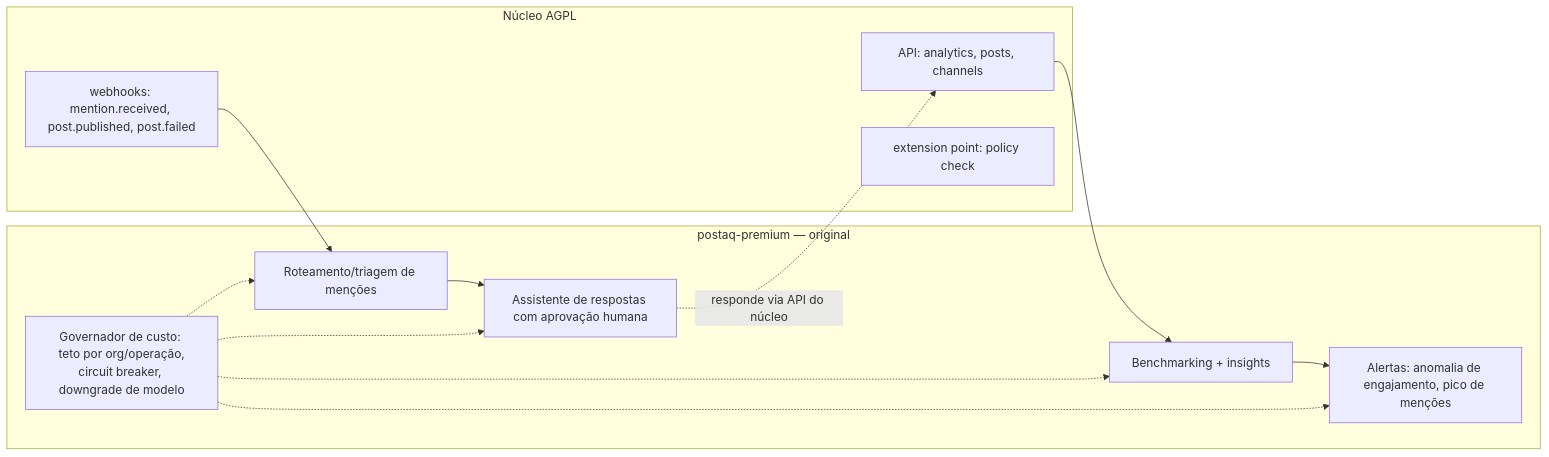
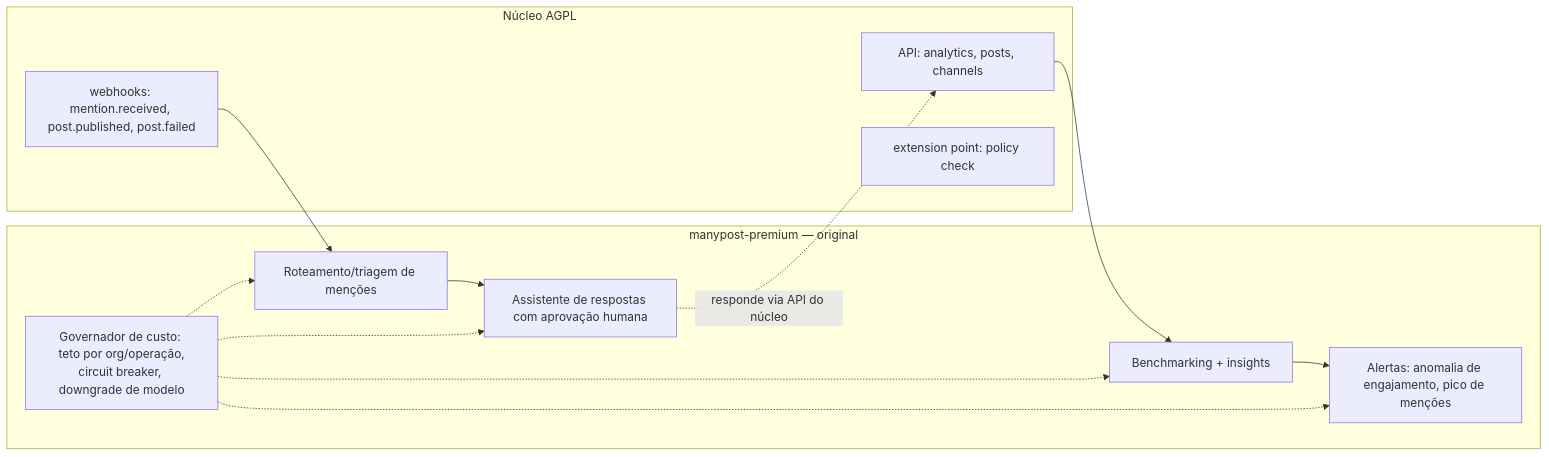
Before and after one commit to manypost/manypost-app: the diagram in docs/specs/SPEC_AI.md, drawn with Mermaid. The commit also changed other lines of this file and 37 other files, not shown here.

First line of the commit message:
docs: rename postaq->manypost, brand system oficial, planos e adendo DECISIONS v1.1

````diff
--- a/docs/specs/SPEC_AI.md
+++ b/docs/specs/SPEC_AI.md
@@ -50,19 +53,19 @@
 ```mermaid
 flowchart LR
     subgraph nucleo [Núcleo AGPL]
         EV[webhooks: mention.received, post.published, post.failed]
         API[API: analytics, posts, channels]
         POL[extension point: policy check]
     end
-    subgraph premium [postaq-premium — original]
+    subgraph premium [manypost-premium — original]
         ROUTE[Roteamento/triagem de menções]
         ASSIST[Assistente de respostas com aprovação humana]
         BENCH[Benchmarking + insights]
         ALERT[Alertas: anomalia de engajamento, pico de menções]
         BUDGET[Governador de custo: teto por org/operação,<br/>circuit breaker, downgrade de modelo]
     end
     EV --> ROUTE --> ASSIST
     API --> BENCH --> ALERT
     ASSIST -. "responde via API do núcleo" .-> API
     BUDGET -.-> ROUTE & ASSIST & BENCH & ALERT
 ```
````
